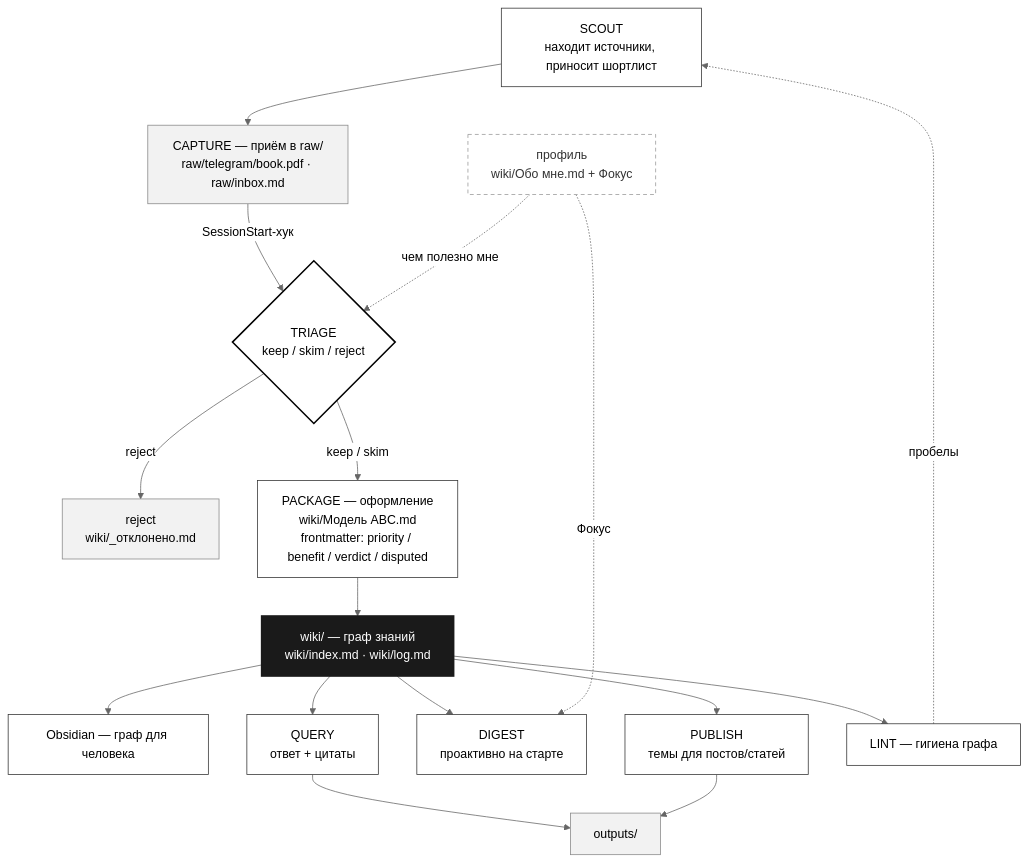
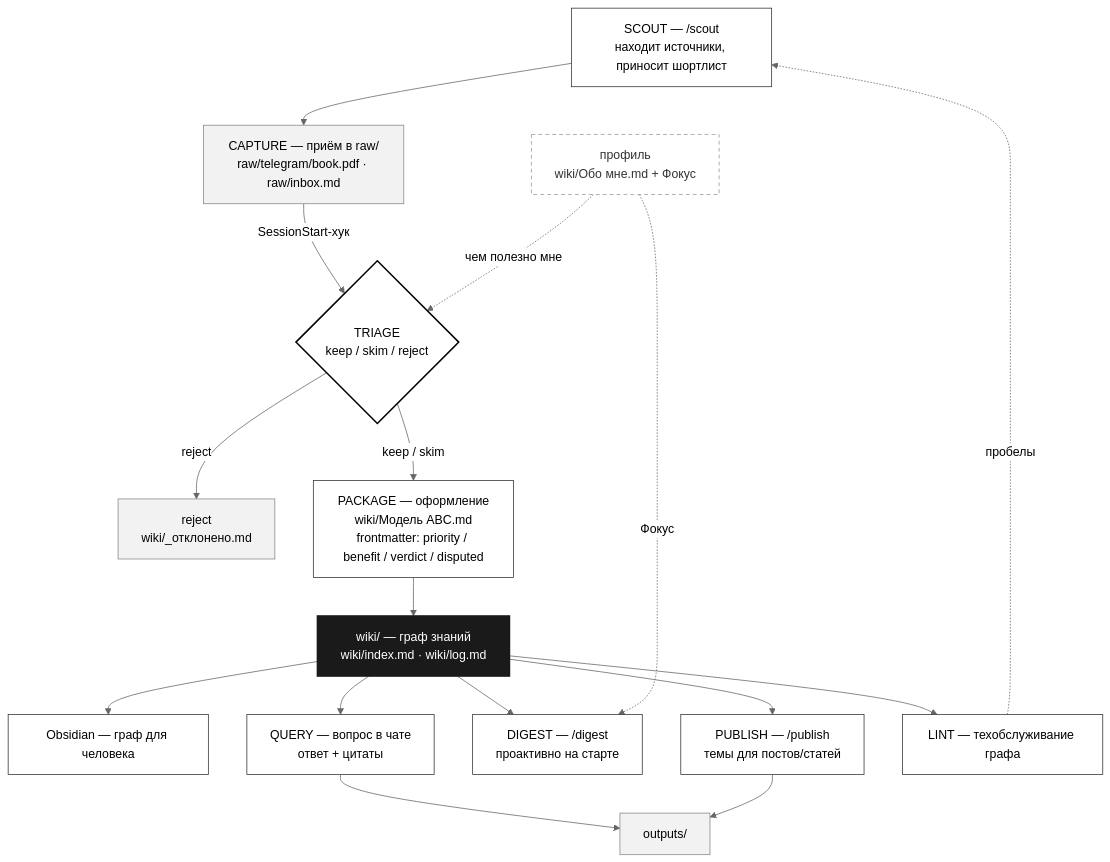
Before and after one commit to cryptoyoginya/second-brain: the diagram in README.md, drawn with Mermaid. The commit also changed other lines of this file and 3 other files, not shown here.

First line of the commit message:
polish: README как витрина — таблица пяти жестов, свежая схема, структура .claude/

````diff
--- a/README.md
+++ b/README.md
@@ -55,44 +54,44 @@
 ```mermaid
 %%{init: {'theme':'neutral'}}%%
 flowchart TD
-    SCOUT["SCOUT<br/>находит источники, приносит шортлист"]
+    SCOUT["SCOUT — /scout<br/>находит источники, приносит шортлист"]
     CAPTURE["CAPTURE — приём в raw/<br/>raw/telegram/book.pdf · raw/inbox.md"]
     TRIAGE{"TRIAGE<br/>keep / skim / reject"}
     REJECT["reject<br/>wiki/_отклонено.md"]
     PACKAGE["PACKAGE — оформление<br/>wiki/Модель ABC.md<br/>frontmatter: priority / benefit / verdict / disputed"]
     WIKI["wiki/ — граф знаний<br/>wiki/index.md · wiki/log.md"]
     OBS["Obsidian — граф для человека"]
     PROFILE["профиль<br/>wiki/Обо мне.md + Фокус"]
-    QUERY["QUERY<br/>ответ + цитаты"]
-    DIGEST["DIGEST<br/>проактивно на старте"]
-    PUBLISH["PUBLISH<br/>темы для постов/статей"]
+    QUERY["QUERY — вопрос в чате<br/>ответ + цитаты"]
+    DIGEST["DIGEST — /digest<br/>проактивно на старте"]
+    PUBLISH["PUBLISH — /publish<br/>темы для постов/статей"]
     OUT["outputs/"]
-    LINT["LINT — гигиена графа"]
+    LINT["LINT — техобслуживание графа"]
 
     SCOUT --> CAPTURE
     CAPTURE -->|"SessionStart-хук"| TRIAGE
     PROFILE -.->|"чем полезно мне"| TRIAGE
     TRIAGE -->|"reject"| REJECT
     TRIAGE -->|"keep / skim"| PACKAGE
     PACKAGE --> WIKI
     WIKI --> OBS
     WIKI --> QUERY
     WIKI --> DIGEST
     WIKI --> PUBLISH
     PROFILE -.->|"Фокус"| DIGEST
     QUERY --> OUT
     PUBLISH --> OUT
     WIKI --> LINT
     LINT -.->|"пробелы"| SCOUT
 
     classDef op fill:#ffffff,stroke:#333,stroke-width:1px,color:#000;
     classDef store fill:#f2f2f2,stroke:#888,stroke-width:1px,color:#000;
     classDef core fill:#1a1a1a,stroke:#1a1a1a,stroke-width:2px,color:#ffffff;
     classDef decision fill:#ffffff,stroke:#000,stroke-width:2px,color:#000;
     classDef profile fill:#ffffff,stroke:#999,stroke-width:1px,color:#333,stroke-dasharray:5 4;
     class SCOUT,PACKAGE,QUERY,DIGEST,PUBLISH,LINT,OBS op;
     class CAPTURE,REJECT,OUT store;
     class WIKI core;
     class TRIAGE decision;
     class PROFILE profile;
 ```
````
